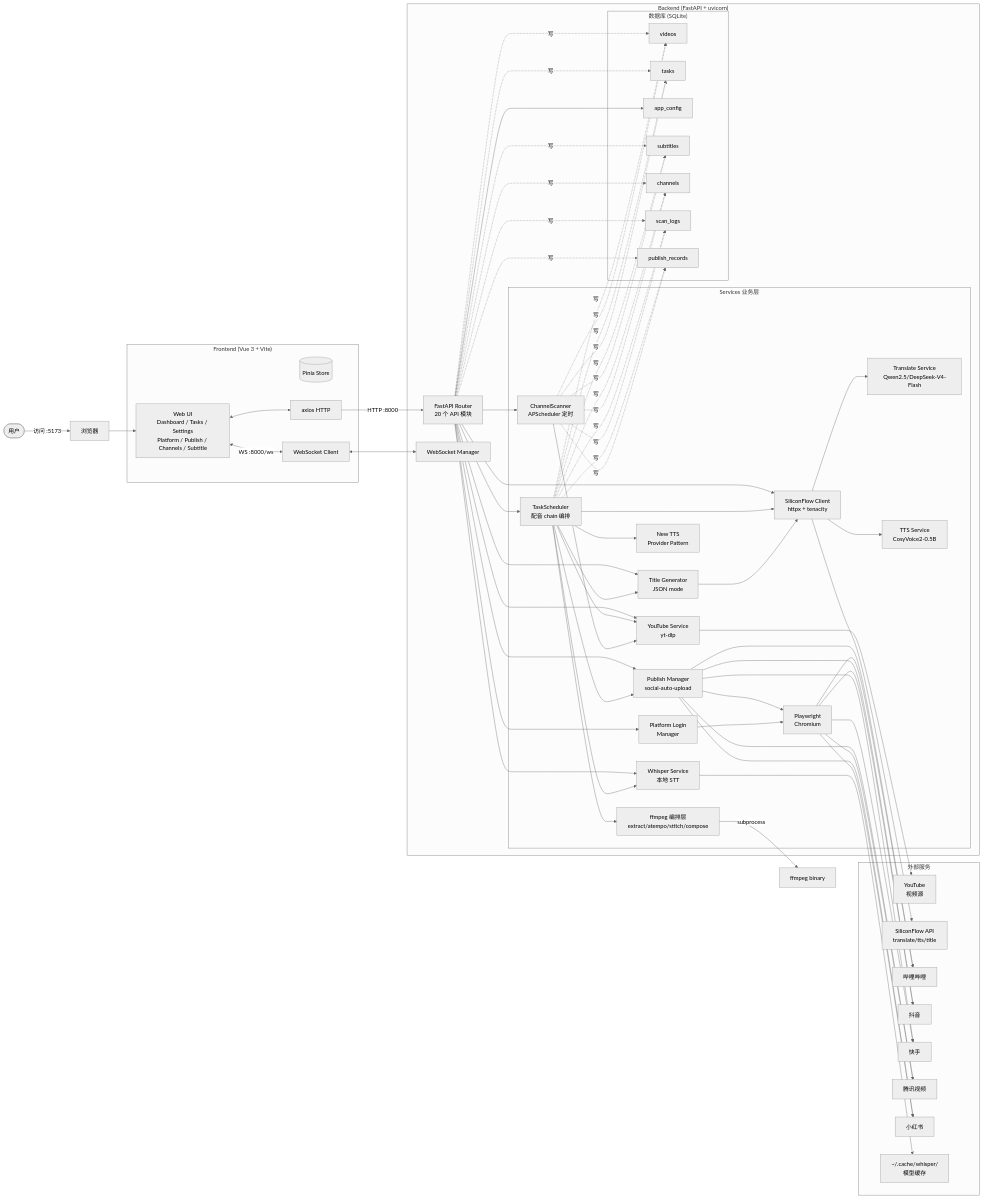
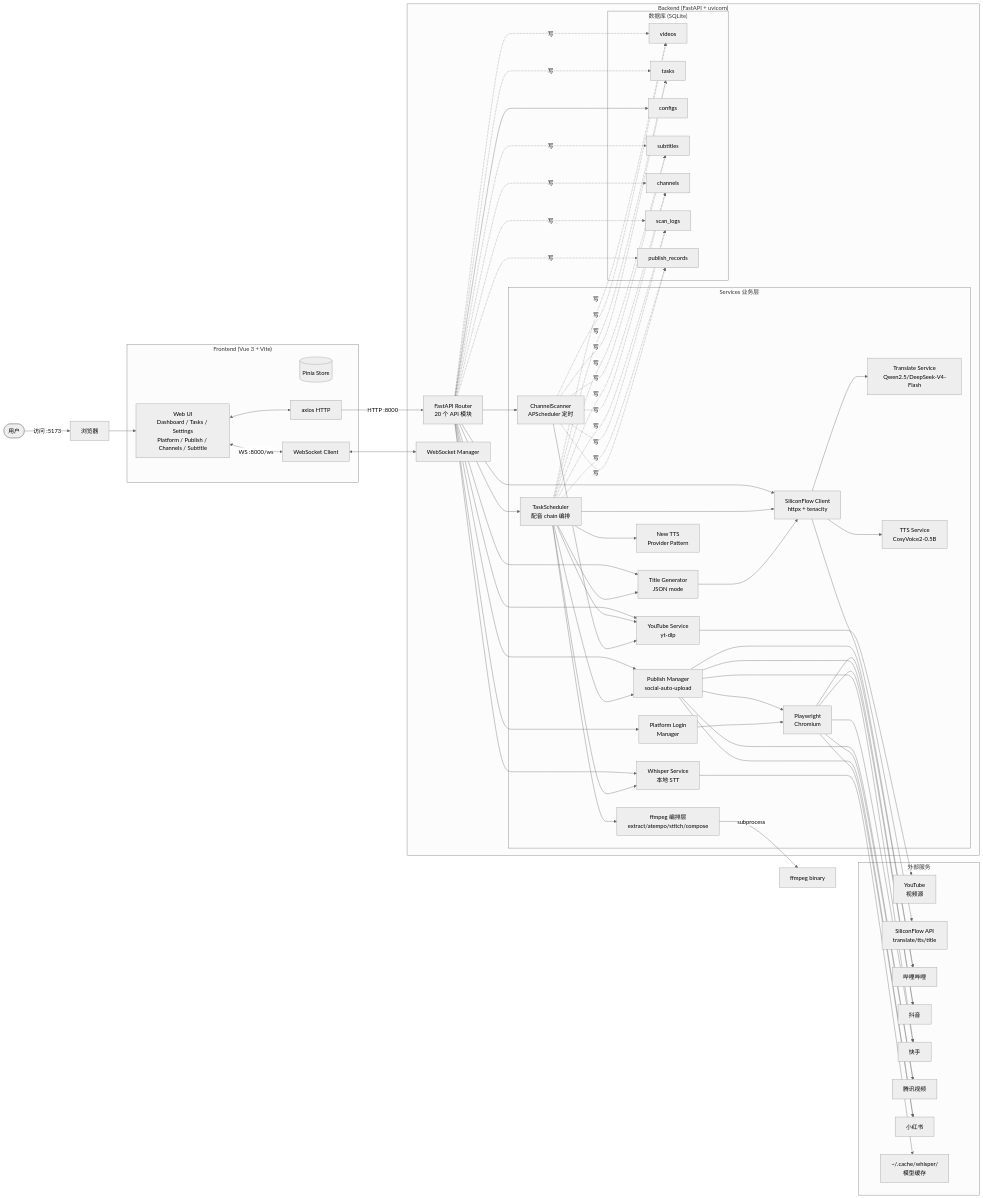
The first of 4 diagrams in docs/ARCHITECTURE.md (yaoyue123/VidDub), drawn with Mermaid (neutral theme) before and after one commit. The commit also changed 61 other files, not shown here.

````diff
--- a/docs/ARCHITECTURE.md
+++ b/docs/ARCHITECTURE.md
@@ -9,79 +9,79 @@
 ```mermaid
 flowchart LR
     User([用户])
     Browser[浏览器]
 
     subgraph Frontend["Frontend (Vue 3 + Vite)"]
         UI[Web UI<br/>Dashboard / Tasks / Settings<br/>Platform / Publish / Channels / Subtitle]
         Pinia[(Pinia Store)]
         WSClient[WebSocket Client]
         Axios[axios HTTP]
     end
 
     subgraph Backend["Backend (FastAPI + uvicorn)"]
         Router[FastAPI Router<br/>20 个 API 模块]
         WS[WebSocket Manager]
 
         subgraph Services["Services 业务层"]
             Sched[TaskScheduler<br/>配音 chain 编排]
             Scanner[ChannelScanner<br/>APScheduler 定时]
             YT[YouTube Service<br/>yt-dlp]
             Whisper[Whisper Service<br/>本地 STT]
             SF[SiliconFlow Client<br/>httpx + tenacity]
             SFTranslate[Translate Service<br/>Qwen2.5/DeepSeek-V4-Flash]
             SFTTS[TTS Service<br/>CosyVoice2-0.5B]
             TTSNew[New TTS<br/>Provider Pattern]
             FF[ffmpeg 编排层<br/>extract/atempo/stitch/compose]
             AI[Title Generator<br/>JSON mode]
             PlatMgr[Platform Login<br/>Manager]
             PubMgr[Publish Manager<br/>social-auto-upload]
             Browser2[Playwright<br/>Chromium]
         end
 
         subgraph DB["数据库 (SQLite)"]
             Videos[videos]
             Tasks[tasks]
-            Configs[app_config]
+            Configs[configs]
             Subtitles[subtitles]
             Channels[channels]
             ScanLogs[scan_logs]
             PubRecords[publish_records]
         end
     end
 
     subgraph External["外部服务"]
         YT2[YouTube<br/>视频源]
         SFApi[SiliconFlow API<br/>translate/tts/title]
         Bili[哔哩哔哩]
         Douyin[抖音]
         KS[快手]
         TC[腾讯视频]
         XHS[小红书]
         WH[~/.cache/whisper/<br/>模型缓存]
     end
 
     User -->|访问 :5173| Browser --> UI
     UI <--> Axios
     Axios -->|HTTP :8000| Router
     UI <-->|WS :8000/ws| WSClient <--> WS
 
     Router --> Sched
     Router --> Scanner
     Router --> YT & Whisper & SF & AI & PlatMgr & PubMgr & Configs
 
     Sched --> YT --> YT2
     Sched --> Whisper --> WH
     Sched --> SF
     SF --> SFTranslate & SFTTS
     SF --> SFApi
     Sched --> TTSNew
     Sched --> FF
     FF -->|subprocess| FFbin[ffmpeg binary]
     Sched --> AI --> SF
     Sched --> PubMgr --> Browser2
     PubMgr --> Bili & Douyin & KS & TC & XHS
     PlatMgr --> Browser2 --> Bili & Douyin & KS & TC & XHS
     Scanner --> YT
 
     Sched & Router & Scanner -.写.-> Videos & Tasks & Subtitles & Channels & ScanLogs & PubRecords
 ```
````
